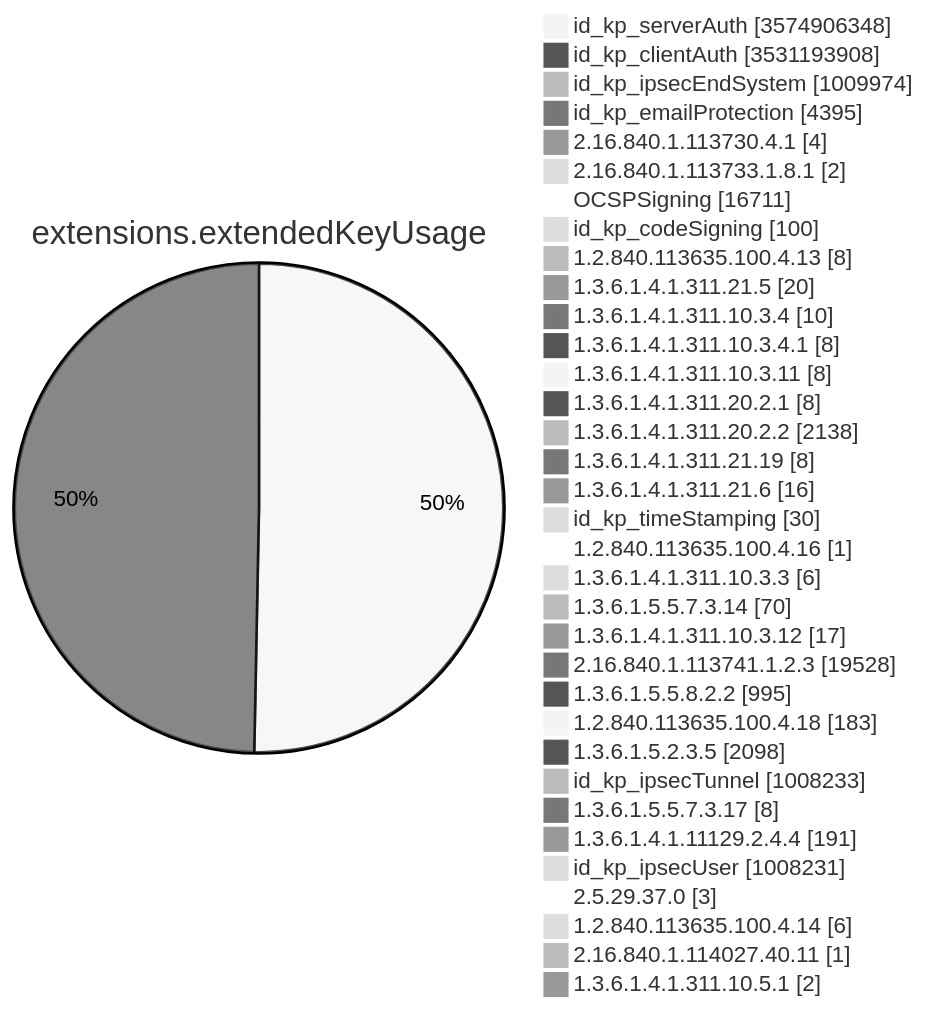
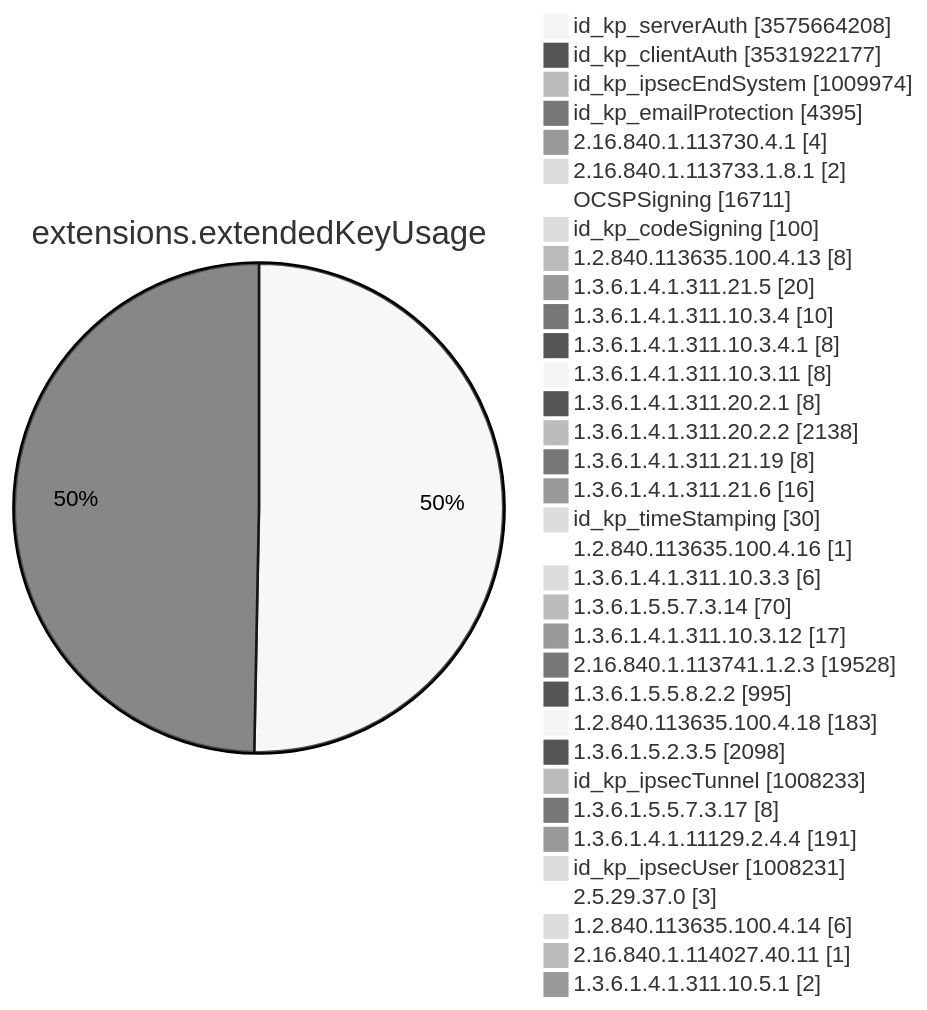
Before and after one commit to christiankrug/ctmonitor_visualization: diagram 11 of 15 in TOTAL/README.md, drawn with Mermaid (neutral theme). The commit also changed other lines of this file, not shown here.

````diff
--- a/TOTAL/README.md
+++ b/TOTAL/README.md
@@ -4128,38 +4128,38 @@
 ```mermaid
 pie showData
 title extensions.extendedKeyUsage
-"id_kp_serverAuth" :3574906348
-"id_kp_clientAuth" :3531193908
+"id_kp_serverAuth" :3575664208
+"id_kp_clientAuth" :3531922177
 "id_kp_ipsecEndSystem" :1009974
 "id_kp_emailProtection" :4395
 "2.16.840.1.113730.4.1" :4
 "2.16.840.1.113733.1.8.1" :2
 "OCSPSigning" :16711
 "id_kp_codeSigning" :100
 "1.2.840.113635.100.4.13" :8
 "1.3.6.1.4.1.311.21.5" :20
 "1.3.6.1.4.1.311.10.3.4" :10
 "1.3.6.1.4.1.311.10.3.4.1" :8
 "1.3.6.1.4.1.311.10.3.11" :8
 "1.3.6.1.4.1.311.20.2.1" :8
 "1.3.6.1.4.1.311.20.2.2" :2138
 "1.3.6.1.4.1.311.21.19" :8
 "1.3.6.1.4.1.311.21.6" :16
 "id_kp_timeStamping" :30
 "1.2.840.113635.100.4.16" :1
 "1.3.6.1.4.1.311.10.3.3" :6
 "1.3.6.1.5.5.7.3.14" :70
 "1.3.6.1.4.1.311.10.3.12" :17
 "2.16.840.1.113741.1.2.3" :19528
 "1.3.6.1.5.5.8.2.2" :995
 "1.2.840.113635.100.4.18" :183
 "1.3.6.1.5.2.3.5" :2098
 "id_kp_ipsecTunnel" :1008233
 "1.3.6.1.5.5.7.3.17" :8
 "1.3.6.1.4.1.11129.2.4.4" :191
 "id_kp_ipsecUser" :1008231
 "2.5.29.37.0" :3
 "1.2.840.113635.100.4.14" :6
 "2.16.840.1.114027.40.11" :1
 "1.3.6.1.4.1.311.10.5.1" :2
 ```
````
